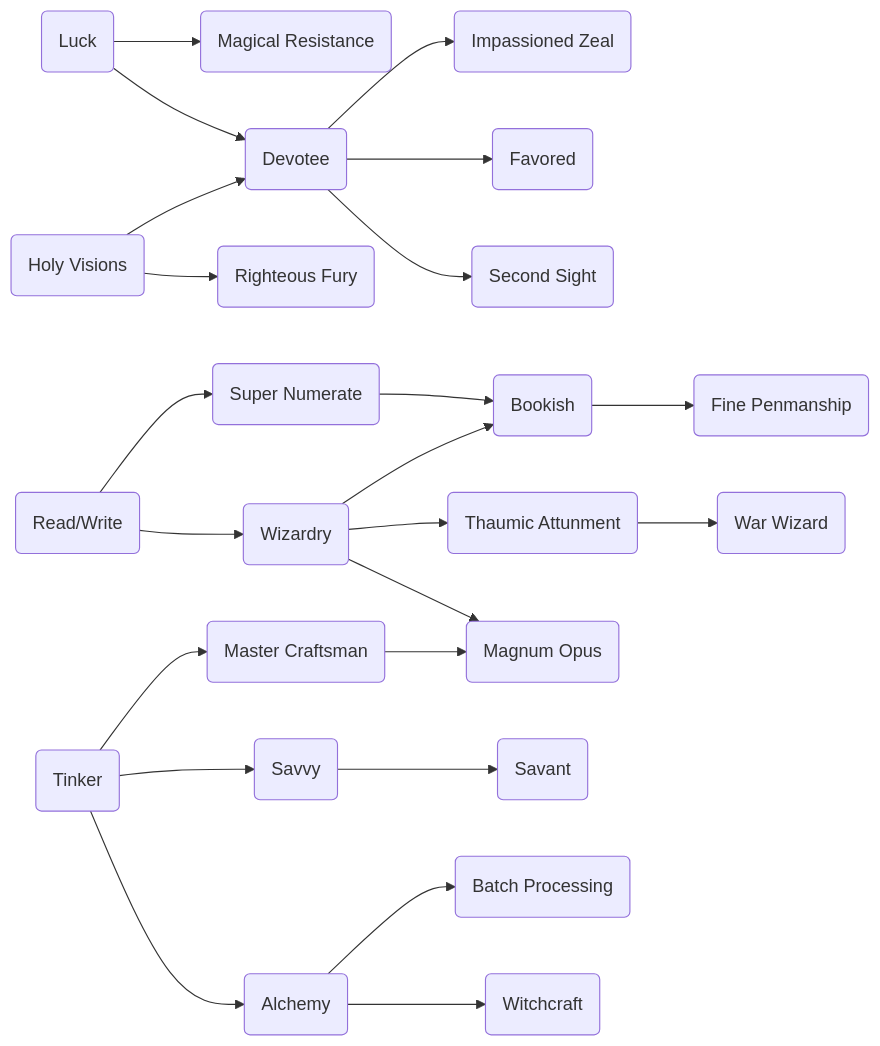
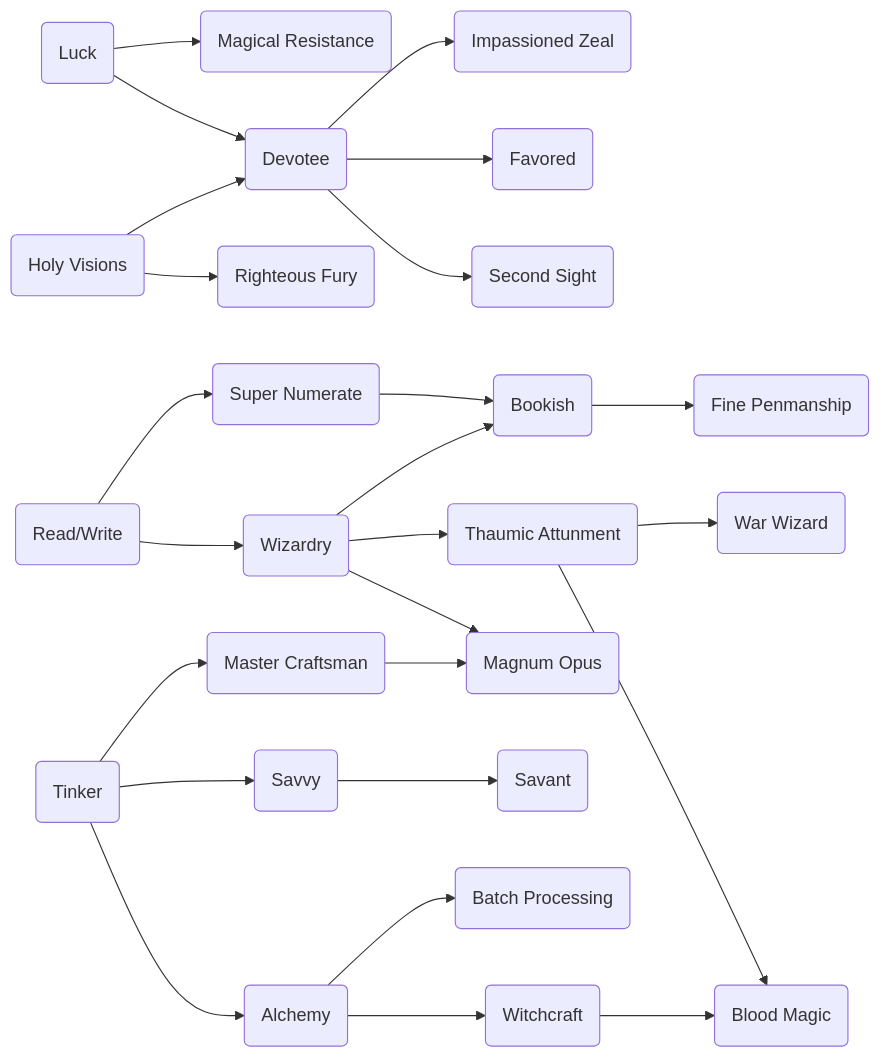
The second of 4 diagrams in content/Characters/Talents/Talent Trees.md (donutrj/verdigris2), drawn with Mermaid before and after one commit. The commit also changed 11 other files, not shown here.

````diff
--- a/content/Characters/Talents/Talent Trees.md
+++ b/content/Characters/Talents/Talent Trees.md
@@ -51,51 +51,54 @@
 ``` mermaid
 graph LR
 
 A(Luck)
 B(Magical Resistance)
 C(Devotee)
 D(Impassioned Zeal)
 E(Favored)
 F(Second Sight)
 G(Holy Visions)
 H(Righteous Fury)
 I(Read/Write)
 J(Super Numerate)
 K(Wizardry)
 L(Bookish)
 M(Thaumic Attunment)
 O(Magnum Opus)
 P(Fine Penmanship)
 Q(Tinker)
 R(Master Craftsman)
 S(Savvy)
 T(Alchemy)
 U(Savant)
 V(Batch Processing)
 W(Witchcraft)
 X(War Wizard)
+Y(Blood Magic)
 
 
 A --> B
 A --> C
 C --> D
 C --> E
 C --> F
 G --> H
 G --> C
 I --> J
 I --> K
 J --> L
 K --> L
 K --> M
 K --> O
 L --> P
 Q --> R
 Q --> S
 Q --> T
 R --> O
 S --> U
 T --> V
 T --> W
 M --> X
+M --> Y
+W --> Y
 ```
````
